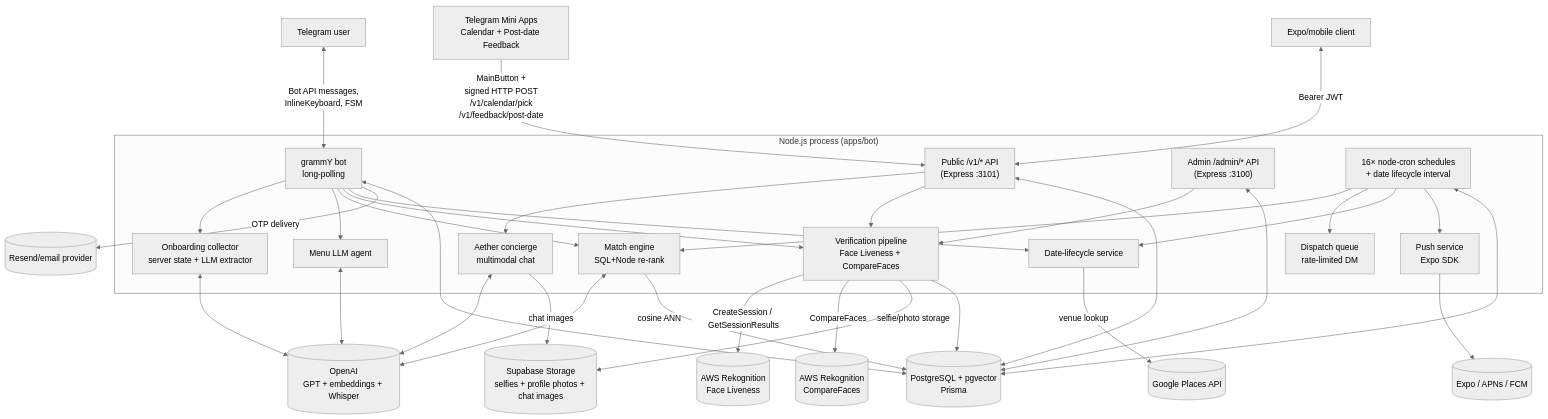
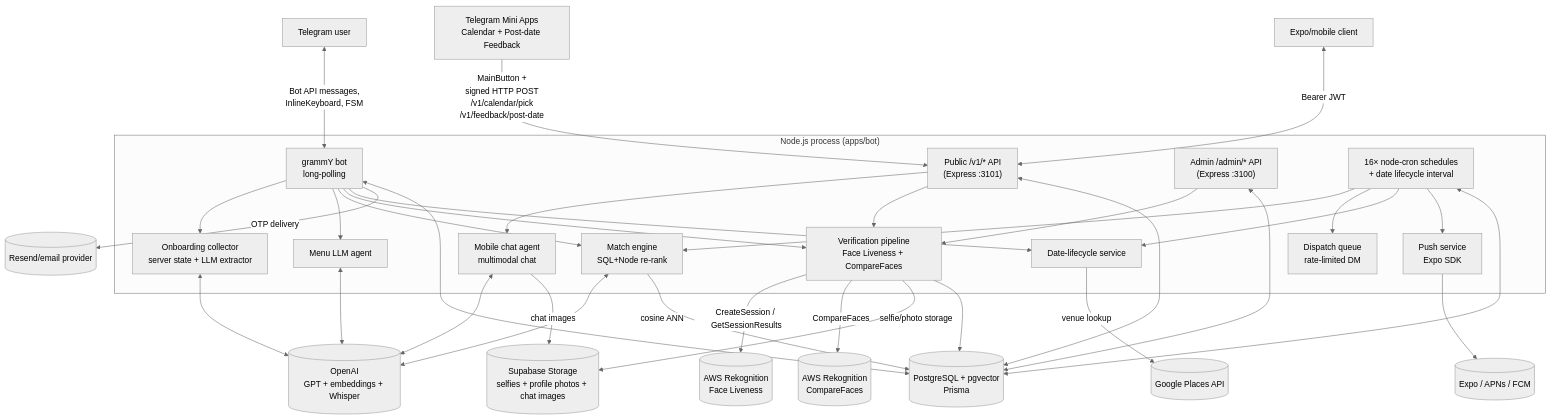
One commit to Gennety-Dating/Gennety-Dating-Backend changed the diagram in ARCHITECTURE.md. Above: the diagram before and after it, drawn with Mermaid (neutral theme). The commit also changed other lines of this file and 33 other files, not shown here.

````diff
--- a/ARCHITECTURE.md
+++ b/ARCHITECTURE.md
@@ -66,77 +66,77 @@
 ```mermaid
 graph TD
     %% ── Clients ────────────────────────────────────
     TG_User[Telegram user]
     Mini[Telegram Mini Apps<br/>Calendar + Post-date Feedback]
     Mobile[Expo/mobile client]
 
     %% ── Single Node.js process (apps/bot) ──────────
     subgraph Process["Node.js process (apps/bot)"]
       Bot[grammY bot<br/>long-polling]
       PublicAPI["Public /v1/* API<br/>(Express :3101)"]
       AdminAPI["Admin /admin/* API<br/>(Express :3100)"]
       Crons["16× node-cron schedules<br/>+ date lifecycle interval"]
       OnboAgent[Onboarding collector<br/>server state + LLM extractor]
       MenuAgent[Menu LLM agent]
-      Aether[Aether concierge<br/>multimodal chat]
+      MobileChat[Mobile chat agent<br/>multimodal chat]
       Match[Match engine<br/>SQL+Node re-rank]
       DispatchQ[Dispatch queue<br/>rate-limited DM]
       Verify[Verification pipeline<br/>Face Liveness + CompareFaces]
       DateLC[Date-lifecycle service]
       Push[Push service<br/>Expo SDK]
     end
 
     %% ── External services ──────────────────────────
     OpenAI[(OpenAI<br/>GPT + embeddings + Whisper)]
     Liveness[(AWS Rekognition<br/>Face Liveness)]
     Rekog[(AWS Rekognition<br/>CompareFaces)]
     Places[(Google Places API)]
     Email[(Resend/email provider)]
     Supabase[(Supabase Storage<br/>selfies + profile photos + chat images)]
     PushSvc[(Expo / APNs / FCM)]
 
     %% ── Data layer ─────────────────────────────────
     PG[(PostgreSQL + pgvector<br/>Prisma)]
 
     %% ── Edges: clients ↔ process ───────────────────
     TG_User <-->|Bot API messages,<br/>InlineKeyboard, FSM| Bot
     Mini -->|MainButton +<br/>signed HTTP POST<br/>/v1/calendar/pick<br/>/v1/feedback/post-date| PublicAPI
     Mobile <-->|Bearer JWT| PublicAPI
 
     %% ── Edges inside process ───────────────────────
     Bot --> OnboAgent
     Bot --> MenuAgent
     Bot --> Match
     Bot --> Verify
     Bot --> DateLC
     Crons --> Match
     Crons --> DispatchQ
     Crons --> DateLC
     Crons --> Push
-    PublicAPI --> Aether
+    PublicAPI --> MobileChat
     PublicAPI --> Verify
     AdminAPI --> Verify
 
     %% ── Edges: process → external ──────────────────
     OnboAgent <--> OpenAI
     MenuAgent <--> OpenAI
-    Aether <--> OpenAI
+    MobileChat <--> OpenAI
     Match <--> OpenAI
     Verify -->|CreateSession / GetSessionResults| Liveness
     Verify -->|CompareFaces| Rekog
     Verify -->|selfie/photo storage| Supabase
-    Aether -->|chat images| Supabase
+    MobileChat -->|chat images| Supabase
     DateLC -->|venue lookup| Places
     Bot -->|OTP delivery| Email
     Push --> PushSvc
 
     %% ── Edges: process → DB ────────────────────────
     Bot <--> PG
     PublicAPI <--> PG
     AdminAPI <--> PG
     Crons <--> PG
     Match -->|cosine ANN| PG
     Verify --> PG
 
     %% ── Webhooks back into process ─────────────────
 ```
````
